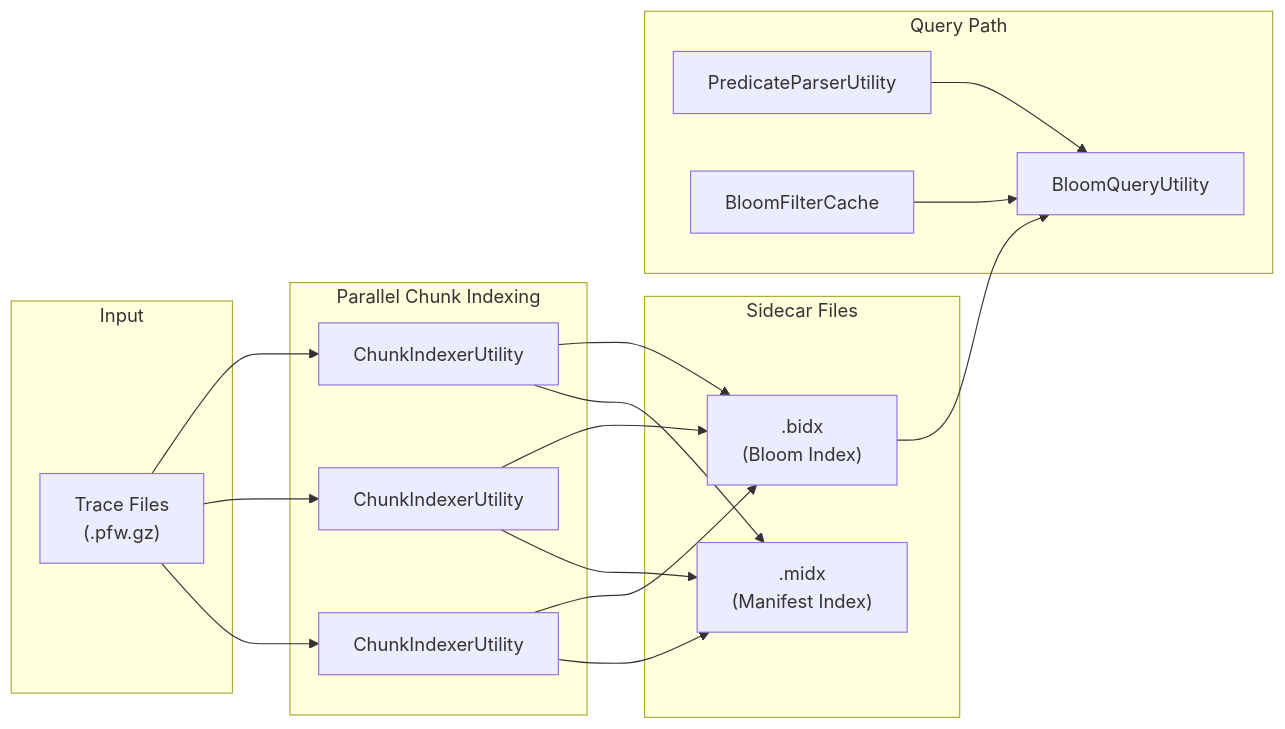
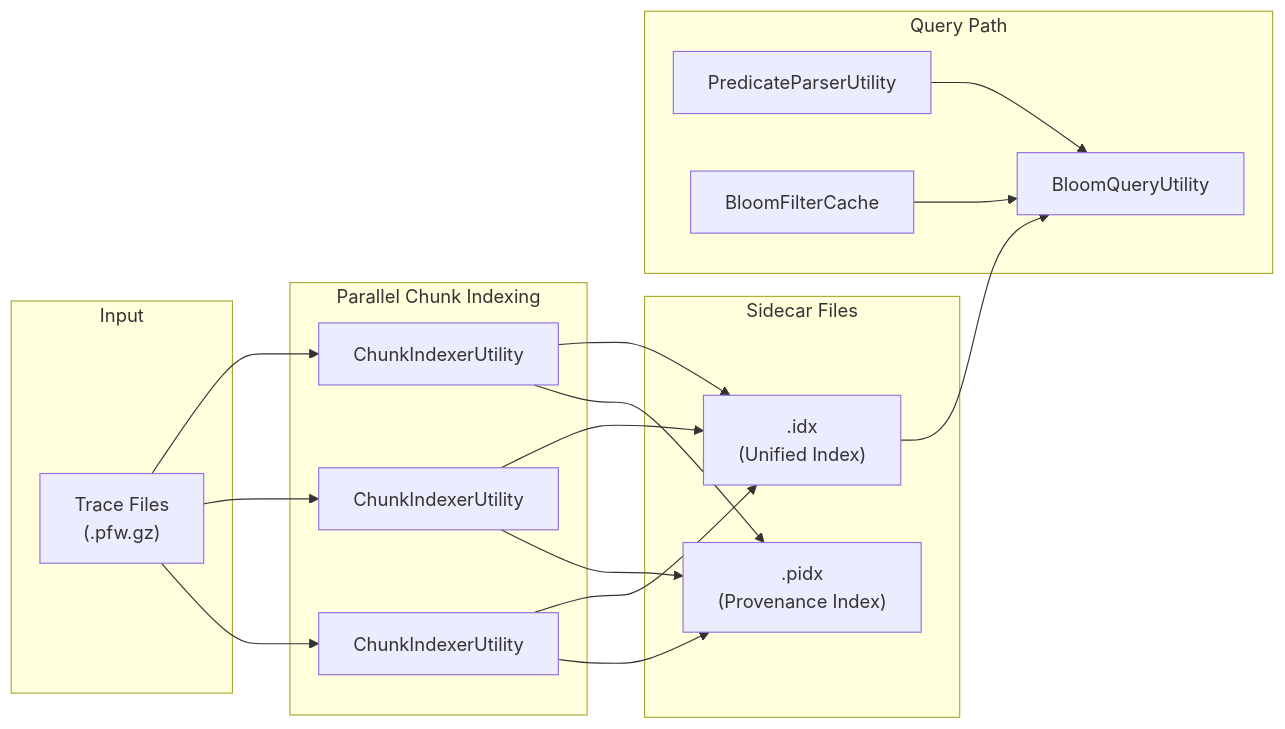
The diagram in docs/source/cpp_api/dft_indexing.rst (asparsa/ClarIOn), drawn with Mermaid before and after one commit. The commit also changed other lines of this file and 105 other files, not shown here.

First line of the commit message:
feat!: unified index infrastructure

```diff
--- a/docs/source/cpp_api/dft_indexing.rst
+++ b/docs/source/cpp_api/dft_indexing.rst
@@ -12,36 +12,36 @@
 .. mermaid::
 
    graph LR
        subgraph Input
            Files["Trace Files<br/>(.pfw.gz)"]
        end
 
        subgraph Indexing["Parallel Chunk Indexing"]
            CI1["ChunkIndexerUtility"]
            CI2["ChunkIndexerUtility"]
            CIN["ChunkIndexerUtility"]
        end
 
        subgraph Storage["Sidecar Files"]
-           BIDX[".bidx<br/>(Bloom Index)"]
-           MIDX[".midx<br/>(Manifest Index)"]
+           IDX[".idx<br/>(Unified Index)"]
+           PIDX[".pidx<br/>(Provenance Index)"]
        end
 
        subgraph Query["Query Path"]
            PP["PredicateParserUtility"]
            BQ["BloomQueryUtility"]
            Cache["BloomFilterCache"]
        end
 
        Files --> CI1
        Files --> CI2
        Files --> CIN
-       CI1 --> BIDX
-       CI2 --> BIDX
-       CIN --> BIDX
-       CI1 --> MIDX
-       CI2 --> MIDX
-       CIN --> MIDX
+       CI1 --> IDX
+       CI2 --> IDX
+       CIN --> IDX
+       CI1 --> PIDX
+       CI2 --> PIDX
+       CIN --> PIDX
        PP --> BQ
-       BIDX --> BQ
+       IDX --> BQ
        Cache --> BQ
```
